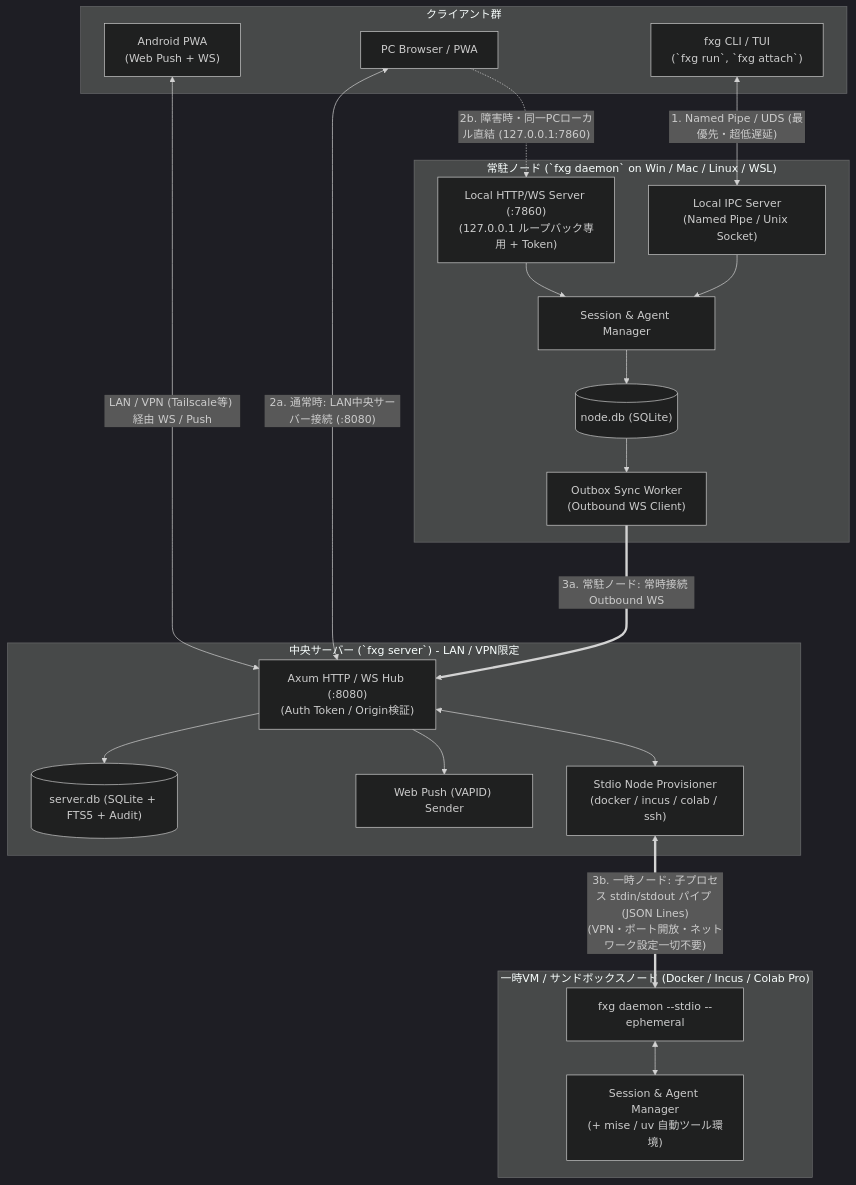
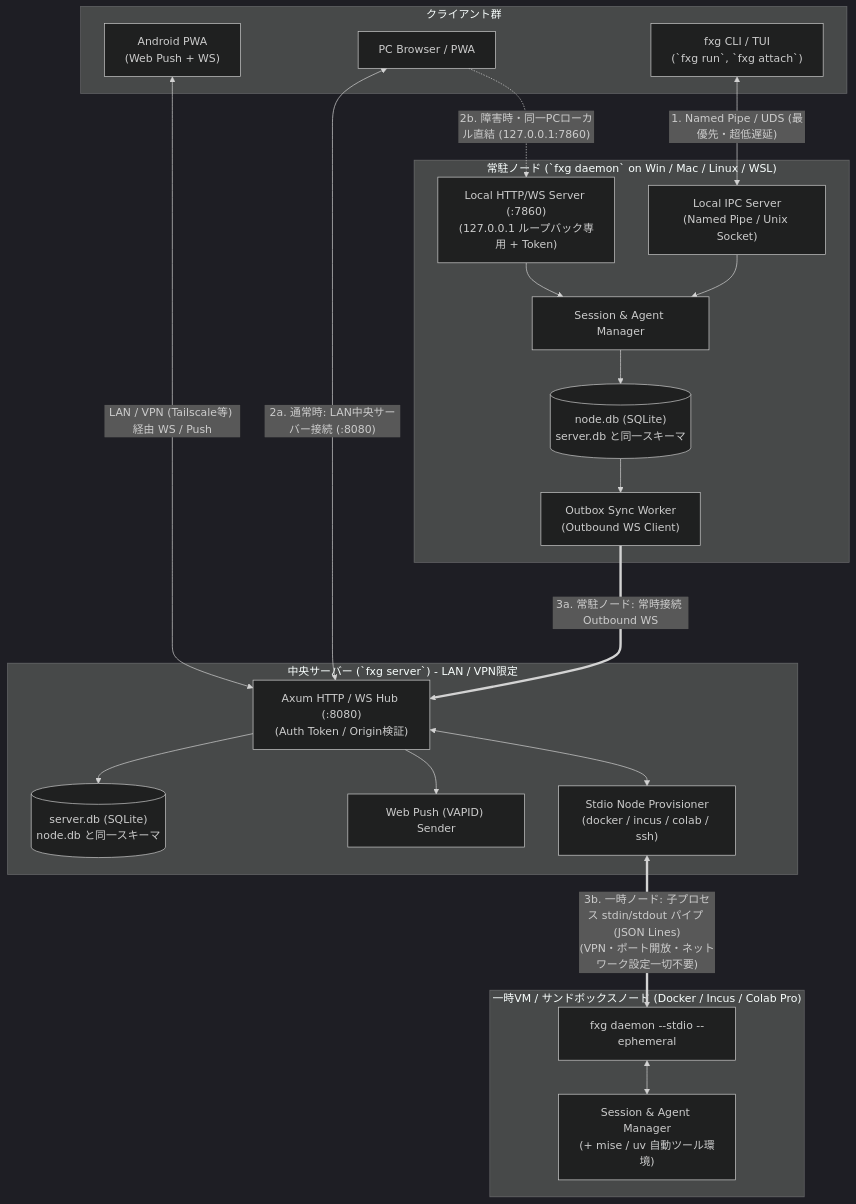
Before and after one commit to nazo6/flexagent: the first of 3 diagrams in docs/01-architecture-and-sync.md, drawn with Mermaid (dark theme). The commit also changed other lines of this file and 6 other files, not shown here.

````diff
--- a/docs/01-architecture-and-sync.md
+++ b/docs/01-architecture-and-sync.md
@@ -10,44 +10,44 @@
 ```mermaid
 flowchart TB
     subgraph Clients["クライアント群"]
         AndroidPWA["Android PWA<br/>(Web Push + WS)"]
         Browser["PC Browser / PWA"]
         CLI["fxg CLI / TUI<br/>(`fxg run`, `fxg attach`)"]
     end
 
     subgraph Central["中央サーバー (`fxg server`) - LAN / VPN限定"]
         Hub["Axum HTTP / WS Hub (:8080)<br/>(Auth Token / Origin検証)"]
         Prov["Stdio Node Provisioner<br/>(docker / incus / colab / ssh)"]
         Push["Web Push (VAPID) Sender"]
-        ServerDB[("server.db (SQLite + FTS5 + Audit)")]
+        ServerDB[("server.db (SQLite)<br/>node.db と同一スキーマ")]
         Hub --> ServerDB
         Hub --> Push
         Hub <--> Prov
     end
 
     subgraph Node["常駐ノード (`fxg daemon` on Win / Mac / Linux / WSL)"]
         LocalAPI["Local HTTP/WS Server (:7860)<br/>(127.0.0.1 ループバック専用 + Token)"]
         LocalIPC["Local IPC Server<br/>(Named Pipe / Unix Socket)"]
         SyncWorker["Outbox Sync Worker<br/>(Outbound WS Client)"]
         SessionMgr["Session & Agent Manager"]
-        NodeDB[("node.db (SQLite)")]
+        NodeDB[("node.db (SQLite)<br/>server.db と同一スキーマ")]
 
         LocalIPC --> SessionMgr
         LocalAPI --> SessionMgr
         SessionMgr --> NodeDB
         NodeDB --> SyncWorker
     end
 
     subgraph EphemeralNode["一時VM / サンドボックスノード (Docker / Incus / Colab Pro)"]
         EphDaemon["fxg daemon --stdio --ephemeral"]
         EphAgent["Session & Agent Manager<br/>(+ mise / uv 自動ツール環境)"]
         EphDaemon <--> EphAgent
     end
 
     CLI <-->|"1. Named Pipe / UDS (最優先・超低遅延)"| LocalIPC
     Browser <-->|"2a. 通常時: LAN中央サーバー接続 (:8080)"| Hub
     Browser -.->|"2b. 障害時・同一PCローカル直結 (127.0.0.1:7860)"| LocalAPI
     AndroidPWA <-->|"LAN / VPN (Tailscale等) 経由 WS / Push"| Hub
     SyncWorker ===>|"3a. 常駐ノード: 常時接続 Outbound WS"| Hub
     Prov <==>|"3b. 一時ノード: 子プロセス stdin/stdout パイプ (JSON Lines)<br/>(VPN・ポート開放・ネットワーク設定一切不要)"| EphDaemon
 ```
````
